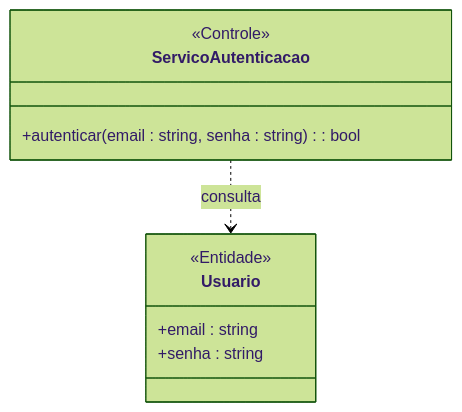
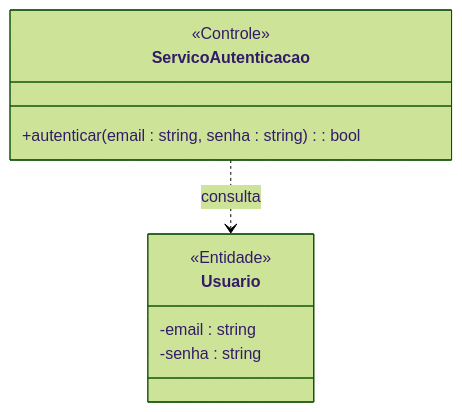
Before and after one commit to MayconDIS/PIM_III-Documentacao_UML: the first of 2 diagrams in 02_Modelagem_UML_Astah/UC01_Realizar_Login/README.md, drawn with Mermaid (forest theme). The commit also changed other lines of this file and 14 other files, not shown here.

Commit message:
docs(casos-uso): injeta fluxos normais e alternativos nos READMEs e atualiza mermaid

````diff
--- a/02_Modelagem_UML_Astah/UC01_Realizar_Login/README.md
+++ b/02_Modelagem_UML_Astah/UC01_Realizar_Login/README.md
@@ -43,13 +47,13 @@
 ```mermaid
 classDiagram
     class Usuario {
         <<Entidade>>
-        +email : string
-        +senha : string
+        -email : string
+        -senha : string
     }
     class ServicoAutenticacao {
         <<Controle>>
         +autenticar(email : string, senha : string) : bool
     }
     ServicoAutenticacao ..> Usuario : consulta
 ```
````
